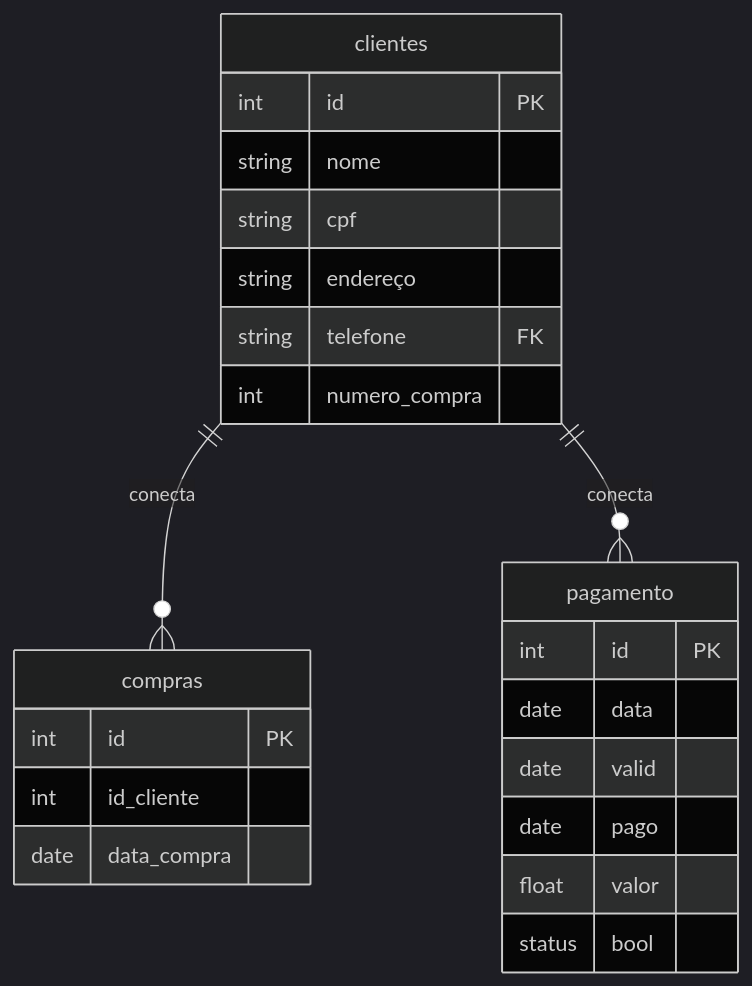
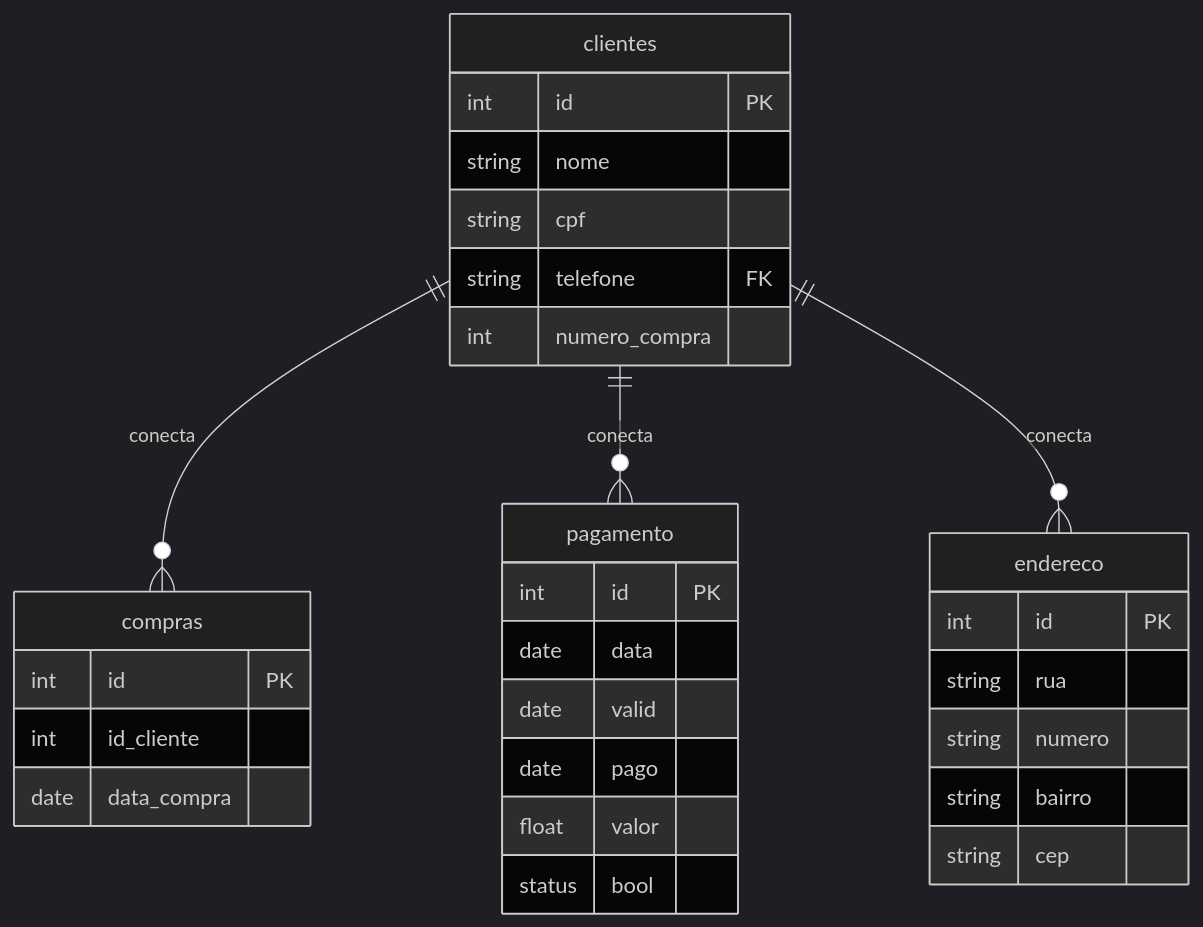
The diagram in tbl_clientes_compras.md (joaorbm09/banco_de_dados), drawn with Mermaid (dark theme) before and after one commit. The commit also changed other lines of this file and 1 other file, not shown here.

Commit message:
atividades de banco de dados

````diff
--- a/tbl_clientes_compras.md
+++ b/tbl_clientes_compras.md
@@ -3,29 +3,37 @@
 ``` mermaid
     erDiagram
         clientes{
             int id PK
             string nome
             string cpf
-            string endereço
             string telefone
             FK int numero_compra
         }
 
     compras { 
         int id PK
         int id_cliente
         date data_compra
     }
 
     pagamento{
         int id PK
         date data
         date valid
         date pago
         float valor
         status bool 
     }
 
+    endereco{
+        int id PK
+        string rua
+        string numero
+        string bairro
+        string cep
+    }
+
     clientes ||--o{ compras: "conecta"
     clientes ||--o{ pagamento: "conecta"
+    clientes ||--o{ endereco: "conecta"
 ```
````
